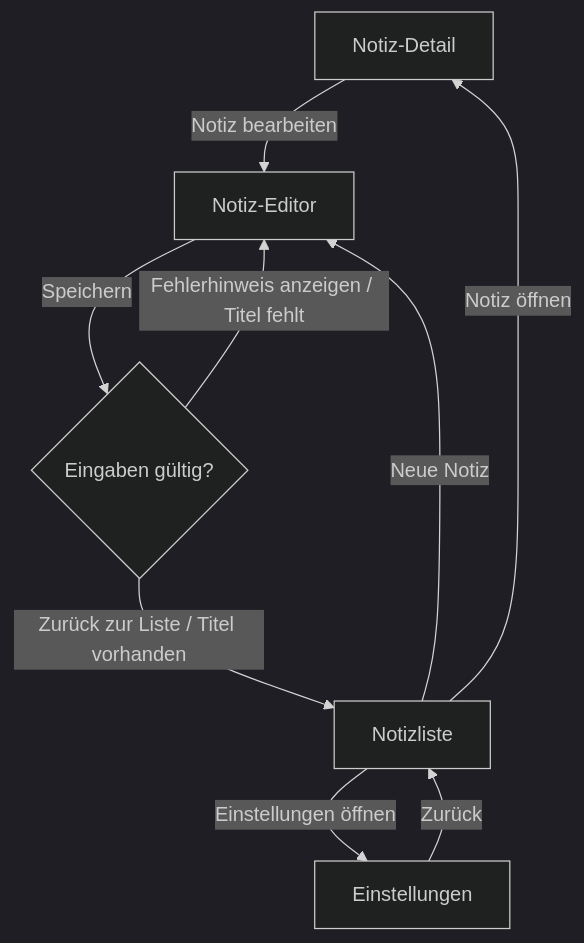
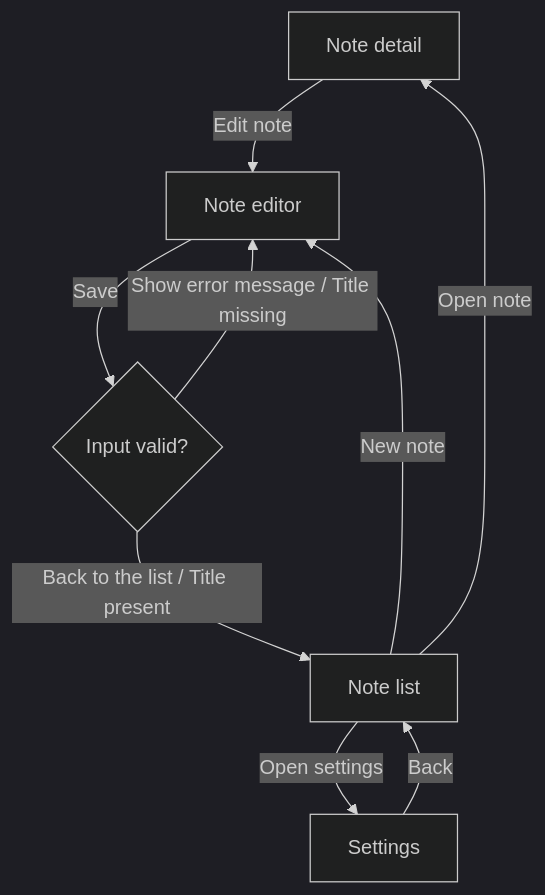
The diagram in README.de.md (PlaxXOnline/ductus), drawn with Mermaid (dark theme) before and after one commit. The commit also changed other lines of this file and 9 other files, not shown here.

````diff
--- a/README.de.md
+++ b/README.de.md
@@ -158,16 +157,16 @@
 ```mermaid
 flowchart TD
-  note_detail["Notiz-Detail"]
-  note_editor["Notiz-Editor"]
-  note_list["Notizliste"]
-  save_check{"Eingaben gültig?"}
-  settings["Einstellungen"]
-  note_detail -->|Notiz bearbeiten| note_editor
-  note_editor -->|Speichern| save_check
-  note_list -->|Notiz öffnen| note_detail
-  note_list -->|Neue Notiz| note_editor
-  note_list -->|Einstellungen öffnen| settings
-  save_check -->|Fehlerhinweis anzeigen / Titel fehlt| note_editor
-  save_check -->|Zurück zur Liste / Titel vorhanden| note_list
-  settings -->|Zurück| note_list
+  note_detail["Note detail"]
+  note_editor["Note editor"]
+  note_list["Note list"]
+  save_check{"Input valid?"}
+  settings["Settings"]
+  note_detail -->|Edit note| note_editor
+  note_editor -->|Save| save_check
+  note_list -->|Open note| note_detail
+  note_list -->|New note| note_editor
+  note_list -->|Open settings| settings
+  save_check -->|Show error message / Title missing| note_editor
+  save_check -->|Back to the list / Title present| note_list
+  settings -->|Back| note_list
 ```
````
